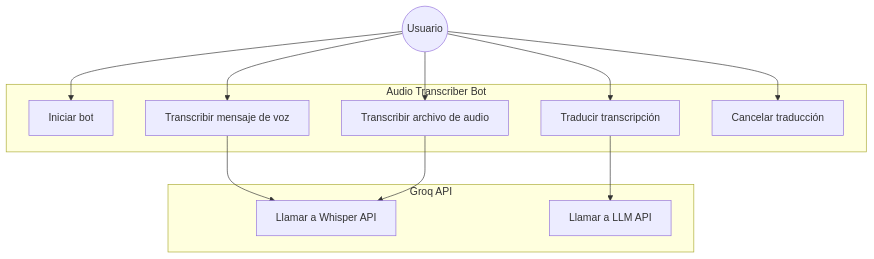
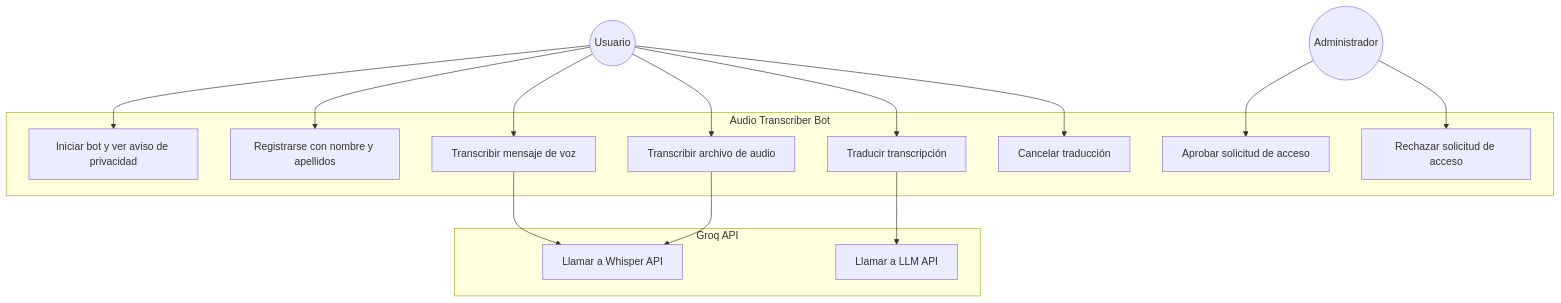
The diagram in docs/use-cases.md (xreche/audio-transcriber-bot), drawn with Mermaid before and after one commit. The commit also changed other lines of this file and 7 other files, not shown here.

````diff
--- a/docs/use-cases.md
+++ b/docs/use-cases.md
@@ -14,27 +15,35 @@
 ```mermaid
 graph TD
     Usuario((Usuario))
+    Admin((Administrador))
 
     subgraph "Audio Transcriber Bot"
-        UC1[Iniciar bot]
-        UC2[Transcribir mensaje de voz]
-        UC3[Transcribir archivo de audio]
-        UC4[Traducir transcripción]
-        UC5[Cancelar traducción]
+        UC1[Iniciar bot y ver aviso de privacidad]
+        UC2[Registrarse con nombre y apellidos]
+        UC3[Transcribir mensaje de voz]
+        UC4[Transcribir archivo de audio]
+        UC5[Traducir transcripción]
+        UC6[Cancelar traducción]
+        UC7[Aprobar solicitud de acceso]
+        UC8[Rechazar solicitud de acceso]
     end
 
     subgraph "Groq API"
-        UC6[Llamar a Whisper API]
-        UC7[Llamar a LLM API]
+        UC9[Llamar a Whisper API]
+        UC10[Llamar a LLM API]
     end
 
     Usuario --> UC1
     Usuario --> UC2
     Usuario --> UC3
     Usuario --> UC4
     Usuario --> UC5
+    Usuario --> UC6
 
-    UC2 --> UC6
-    UC3 --> UC6
-    UC4 --> UC7
+    Admin --> UC7
+    Admin --> UC8
+
+    UC3 --> UC9
+    UC4 --> UC9
+    UC5 --> UC10
 ```
````
